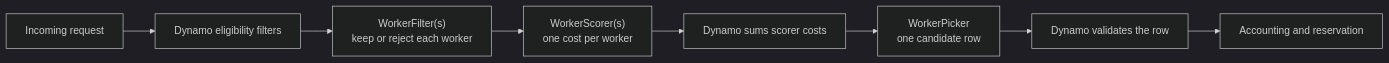
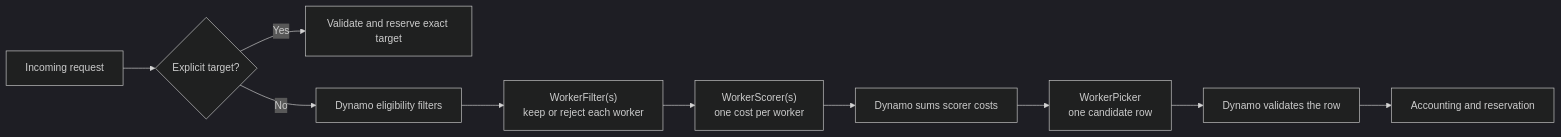
Before and after one commit to ai-dynamo/dynamo: the diagram in docs/fern/pages/developer-guide/advanced-customizations/custom-worker-selection.mdx, drawn with Mermaid (dark theme). The commit also changed other lines of this file and 26 other files, not shown here.

````diff
--- a/docs/fern/pages/developer-guide/advanced-customizations/custom-worker-selection.mdx
+++ b/docs/fern/pages/developer-guide/advanced-customizations/custom-worker-selection.mdx
@@ -16,10 +16,12 @@
 ```mermaid
 flowchart LR
-    Request["Incoming request"] --> Eligibility["Dynamo eligibility filters"]
+    Request["Incoming request"] --> Required{"Explicit target?"}
+    Required -->|"Yes"| Validate["Validate and reserve exact target"]
+    Required -->|"No"| Eligibility["Dynamo eligibility filters"]
     Eligibility --> Filters["WorkerFilter(s)<br/>keep or reject each worker"]
     Filters --> Scorers["WorkerScorer(s)<br/>one cost per worker"]
     Scorers --> Sum["Dynamo sums scorer costs"]
     Sum --> Picker["WorkerPicker<br/>one candidate row"]
-    Picker --> Validate["Dynamo validates the row"]
-    Validate --> Reserve["Accounting and reservation"]
+    Picker --> ValidateRow["Dynamo validates the row"]
+    ValidateRow --> Reserve["Accounting and reservation"]
 ```
````
